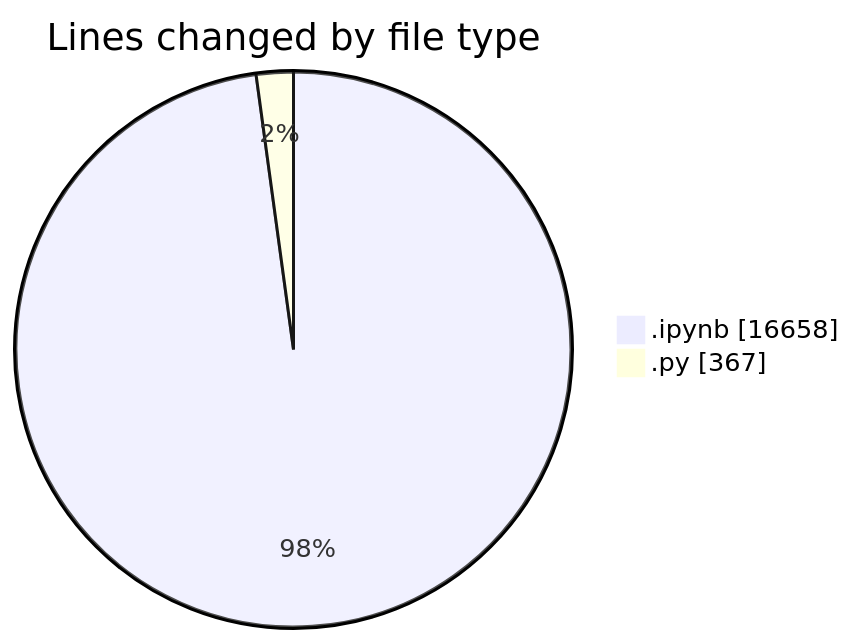
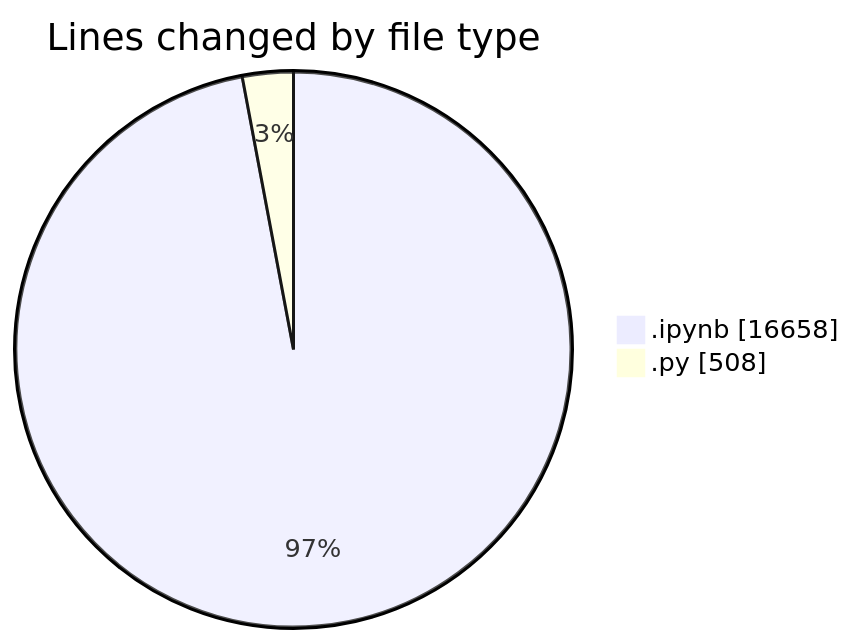
Before and after one commit to MatusMokan/code-tracking: the first of 2 diagrams in 2025-03-20/myws__workspace_/README.md, drawn with Mermaid. The commit also changed other lines of this file and 1 other file, not shown here.

````diff
--- a/2025-03-20/myws__workspace_/README.md
+++ b/2025-03-20/myws__workspace_/README.md
@@ -21,6 +21,6 @@
 ```mermaid
 pie showData
 title Lines changed by file type
 ".ipynb" : 16658
-".py" : 367
+".py" : 508
 ```
````
